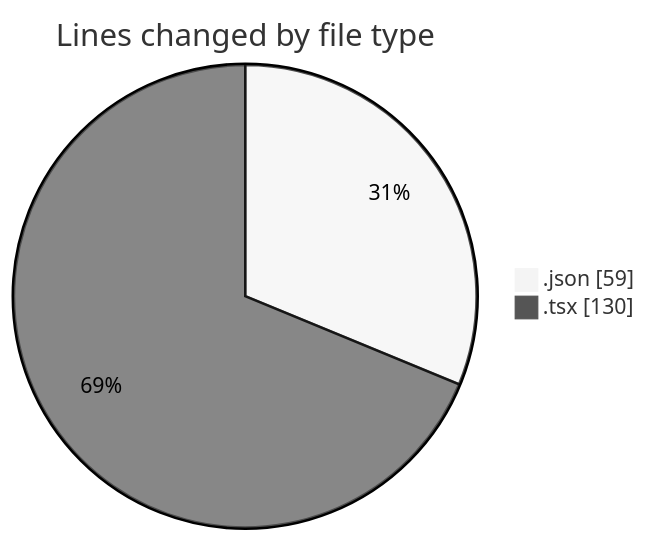
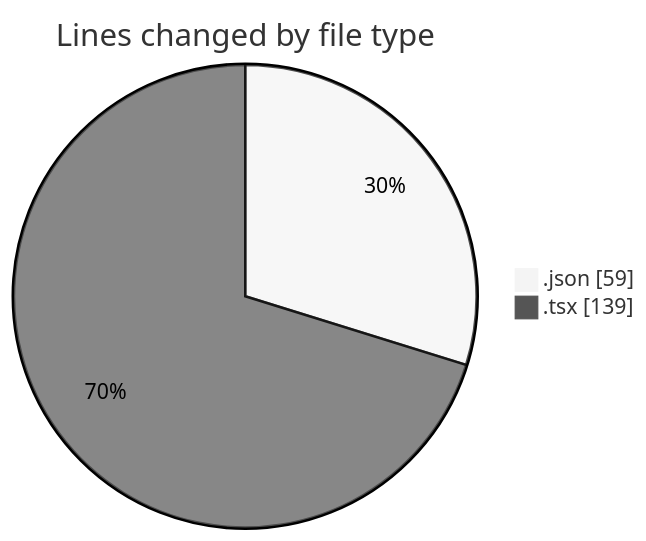
The first of 2 diagrams in 2025-11-19/cda/README.md (momahboobian/code-tracking), drawn with Mermaid (neutral theme) before and after one commit. The commit also changed other lines of this file and 1 other file, not shown here.

````diff
--- a/2025-11-19/cda/README.md
+++ b/2025-11-19/cda/README.md
@@ -21,6 +21,6 @@
 ```mermaid
 pie showData
 title Lines changed by file type
 ".json" : 59
-".tsx" : 130
+".tsx" : 139
 ```
````
